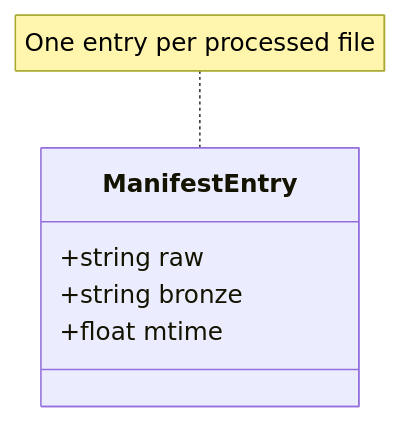
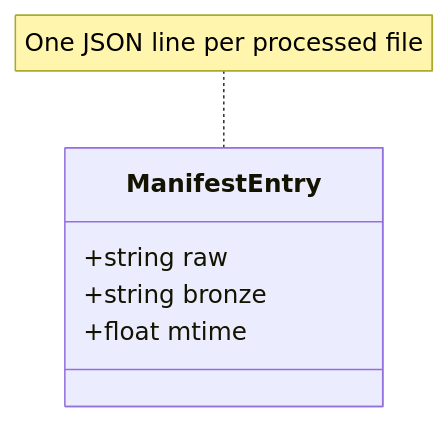
Diagram 15 of 22 in docs/brainstorms/staging-manifest.md (ThanuMahee12/AgentContext), drawn with Mermaid before and after one commit. The commit also changed other lines of this file, not shown here.

Commit message:
docs: complete staging-manifest design with end-to-end diagrams

````diff
--- a/docs/brainstorms/staging-manifest.md
+++ b/docs/brainstorms/staging-manifest.md
@@ -90,10 +371,10 @@
 ```mermaid
 classDiagram
     class ManifestEntry {
         +string raw
         +string bronze
         +float mtime
     }
 
-    note for ManifestEntry "One entry per processed file"
+    note for ManifestEntry "One JSON line per processed file"
 ```
````
